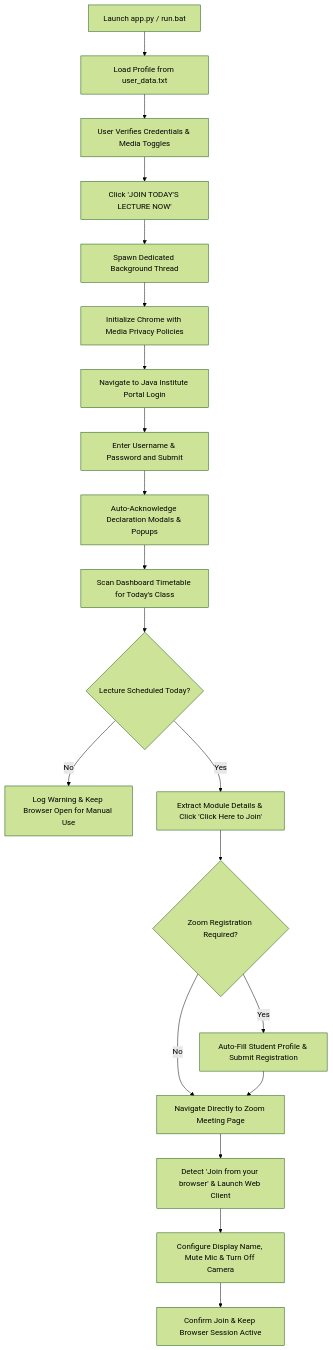
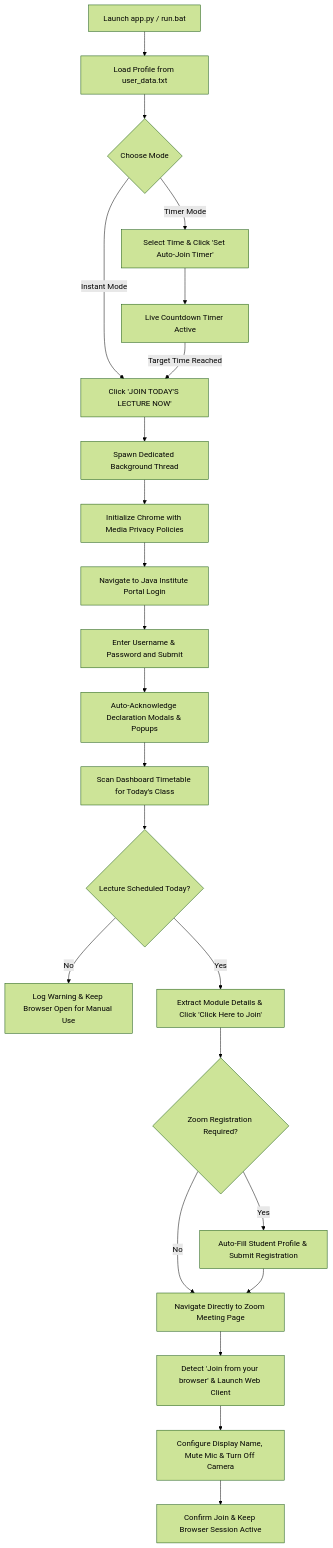
Before and after one commit to Dilshan615/Class_Auto_Joiner_Pro_single-user: the diagram in README.md, drawn with Mermaid (forest theme). The commit also changed other lines of this file and 1 other file, not shown here.

````diff
--- a/README.md
+++ b/README.md
@@ -69,22 +77,27 @@
 ```mermaid
 flowchart TD
     A[Launch app.py / run.bat] --> B[Load Profile from user_data.txt]
-    B --> C[User Verifies Credentials & Media Toggles]
-    C --> D[Click 'JOIN TODAY'S LECTURE NOW']
-    D --> E[Spawn Dedicated Background Thread]
-    E --> F[Initialize Chrome with Media Privacy Policies]
-    F --> G[Navigate to Java Institute Portal Login]
-    G --> H[Enter Username & Password and Submit]
-    H --> I[Auto-Acknowledge Declaration Modals & Popups]
-    I --> J[Scan Dashboard Timetable for Today's Class]
-    J --> K{Lecture Scheduled Today?}
-    K -- No --> L[Log Warning & Keep Browser Open for Manual Use]
-    K -- Yes --> M[Extract Module Details & Click 'Click Here to Join']
-    M --> N{Zoom Registration Required?}
-    N -- Yes --> O[Auto-Fill Student Profile & Submit Registration]
-    N -- No --> P[Navigate Directly to Zoom Meeting Page]
-    O --> P
-    P --> Q[Detect 'Join from your browser' & Launch Web Client]
-    Q --> R[Configure Display Name, Mute Mic & Turn Off Camera]
-    R --> S[Confirm Join & Keep Browser Session Active]
+    B --> C{Choose Mode}
+    
+    C -- Instant Mode --> D[Click 'JOIN TODAY'S LECTURE NOW']
+    C -- Timer Mode --> E[Select Time & Click 'Set Auto-Join Timer']
+    E --> F[Live Countdown Timer Active]
+    F -->|Target Time Reached| D
+    
+    D --> G[Spawn Dedicated Background Thread]
+    G --> H[Initialize Chrome with Media Privacy Policies]
+    H --> I[Navigate to Java Institute Portal Login]
+    I --> J[Enter Username & Password and Submit]
+    J --> K[Auto-Acknowledge Declaration Modals & Popups]
+    K --> L[Scan Dashboard Timetable for Today's Class]
+    L --> M{Lecture Scheduled Today?}
+    M -- No --> N[Log Warning & Keep Browser Open for Manual Use]
+    M -- Yes --> O[Extract Module Details & Click 'Click Here to Join']
+    O --> P{Zoom Registration Required?}
+    P -- Yes --> Q[Auto-Fill Student Profile & Submit Registration]
+    P -- No --> R[Navigate Directly to Zoom Meeting Page]
+    Q --> R
+    R --> S[Detect 'Join from your browser' & Launch Web Client]
+    S --> T[Configure Display Name, Mute Mic & Turn Off Camera]
+    T --> U[Confirm Join & Keep Browser Session Active]
 ```
````
